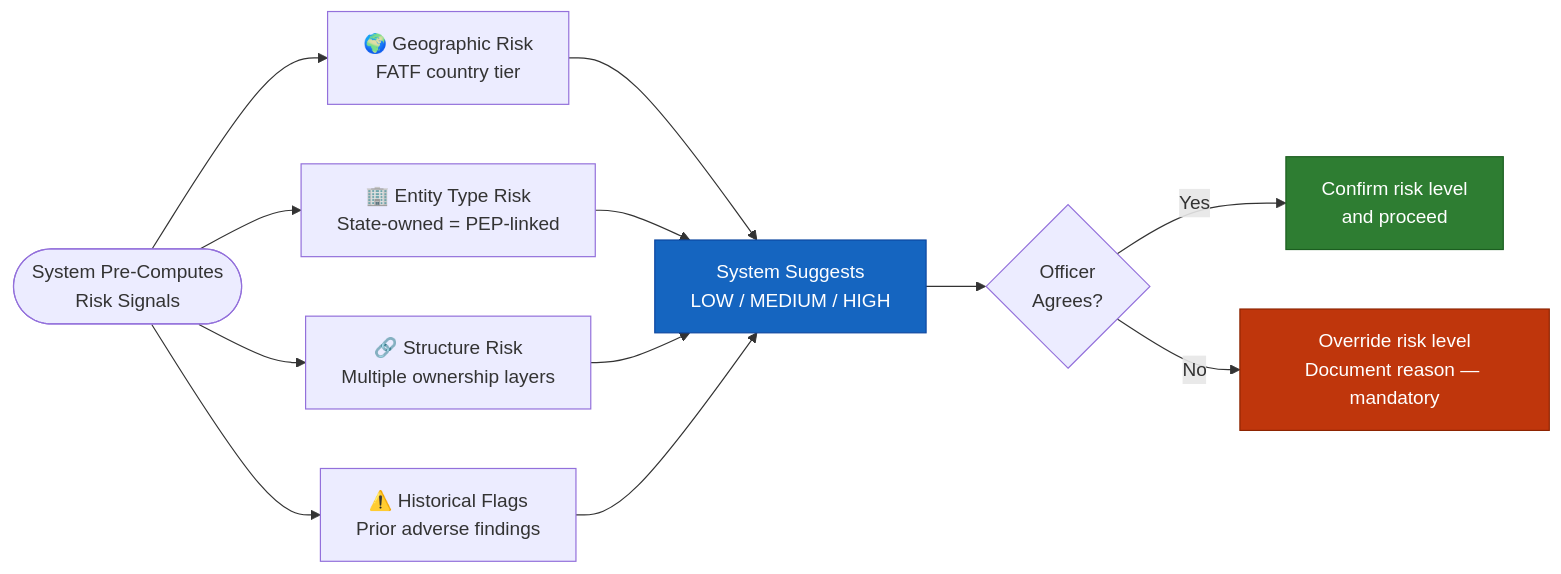
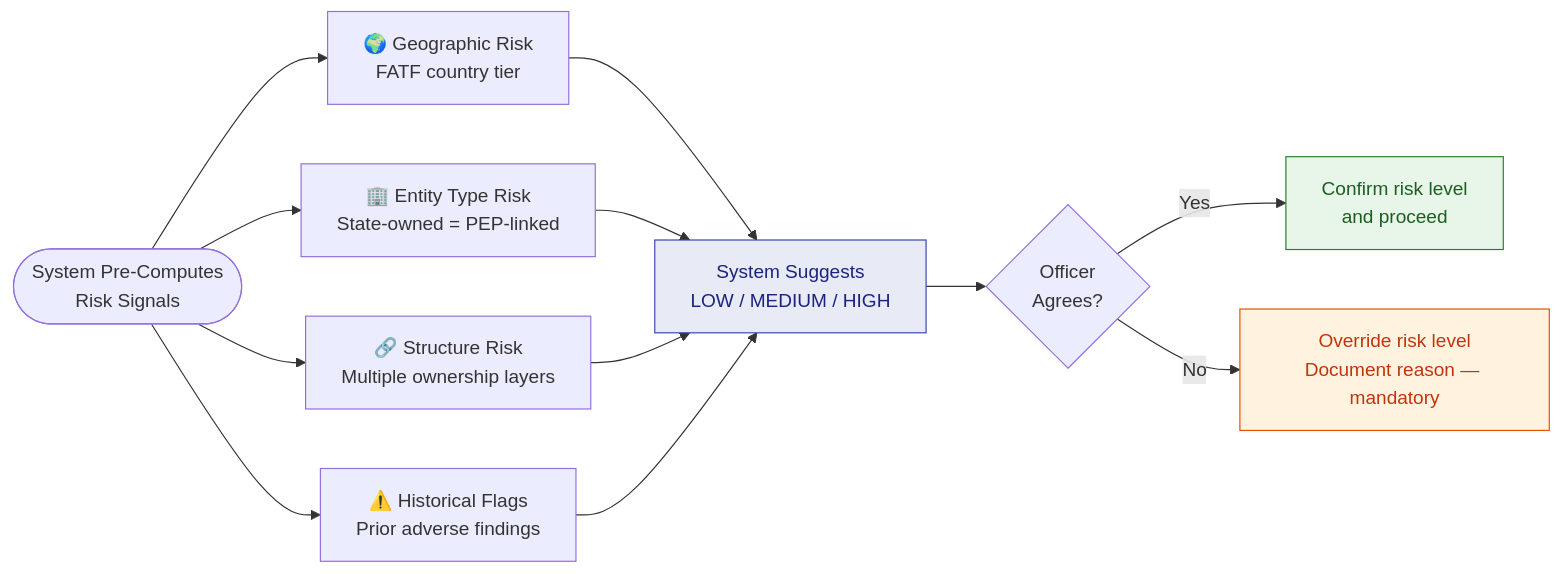
One commit to mazharr-hussain/KycReport changed the third of 4 diagrams in docs/V3_BUS_BestPractice.md. Above: the diagram before and after it, drawn with Mermaid. The commit also changed other lines of this file and 7 other files, not shown here.

First line of the commit message:
Switch all diagrams to light pastel palette with dark text

````diff
--- a/docs/V3_BUS_BestPractice.md
+++ b/docs/V3_BUS_BestPractice.md
@@ -99,15 +99,15 @@
 ```mermaid
 flowchart LR
     SYS([System Pre-Computes\nRisk Signals]) --> G[🌍 Geographic Risk\nFATF country tier]
     SYS --> E[🏢 Entity Type Risk\nState-owned = PEP-linked]
     SYS --> S[🔗 Structure Risk\nMultiple ownership layers]
     SYS --> H[⚠️ Historical Flags\nPrior adverse findings]
     G & E & S & H --> SUGGEST[System Suggests\nLOW / MEDIUM / HIGH]
     SUGGEST --> OFFICER{Officer\nAgrees?}
     OFFICER -->|Yes| CONFIRM[Confirm risk level\nand proceed]
     OFFICER -->|No| OVERRIDE[Override risk level\nDocument reason — mandatory]
 
-    style SUGGEST fill:#1565C0,color:#fff,stroke:#0D47A1
-    style OVERRIDE fill:#BF360C,color:#fff,stroke:#8D2400
-    style CONFIRM fill:#2E7D32,color:#fff,stroke:#1B5E20
+    style SUGGEST fill:#E8EAF6,color:#1A237E,stroke:#3949AB
+    style OVERRIDE fill:#FFF3E0,color:#BF360C,stroke:#E65100
+    style CONFIRM fill:#E8F5E9,color:#1B5E20,stroke:#2E7D32
 ```
````
